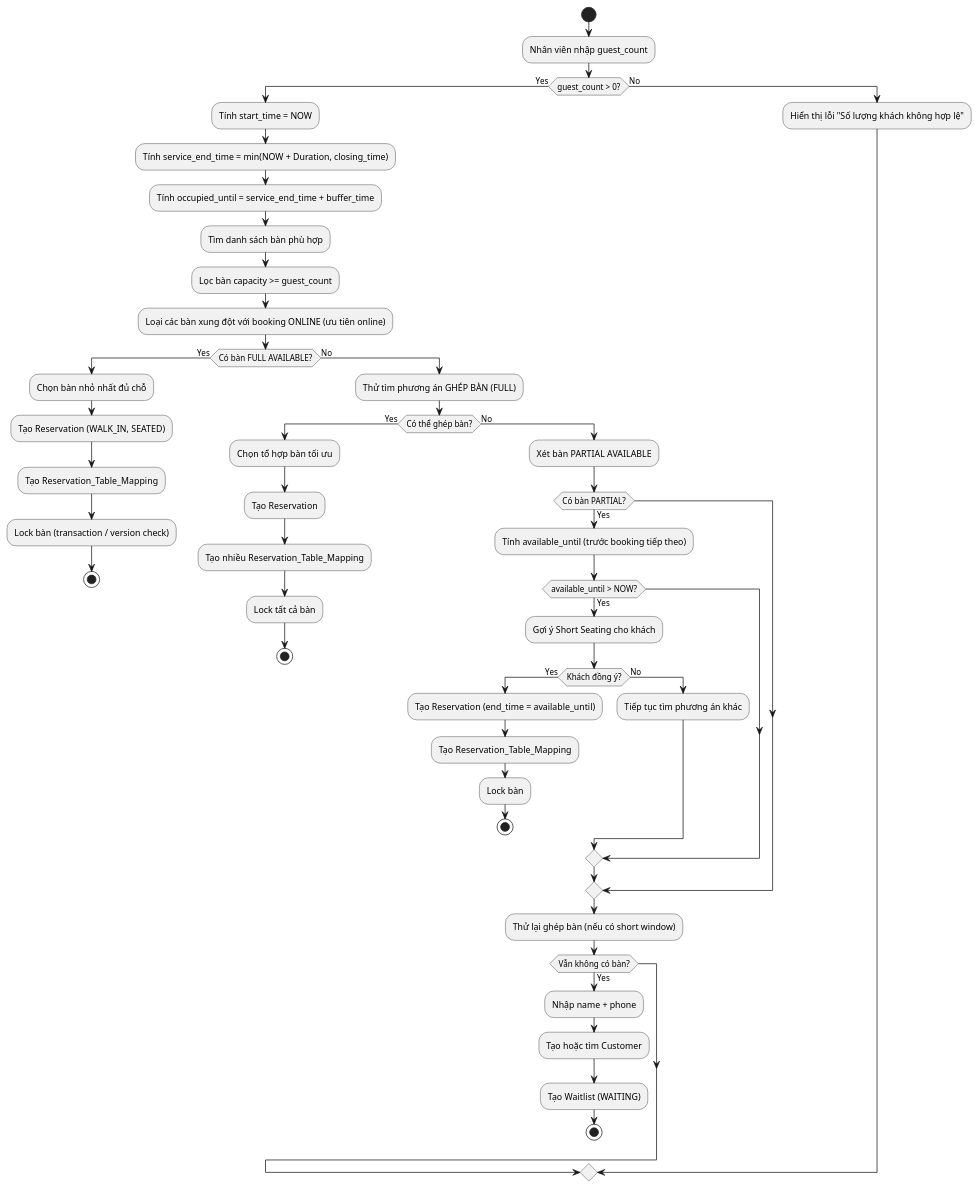
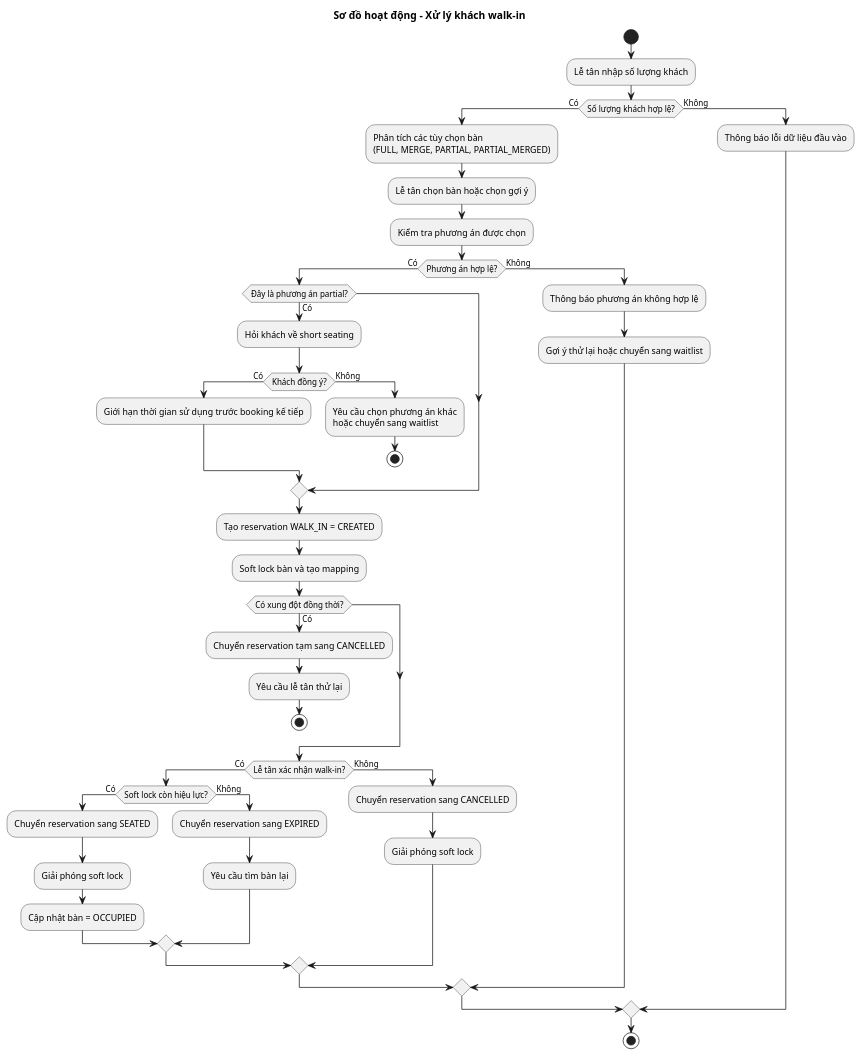
One commit to QuangLam0208/restaurant-reservation-system changed the diagram in docs/uml/activity-walk-in.puml. Above: the diagram before and after it, drawn with PlantUML. The commit also changed 18 other files, not shown here.

Commit message:
update uml

```diff
--- a/docs/uml/activity-walk-in.puml
+++ b/docs/uml/activity-walk-in.puml
@@ -1,75 +1,54 @@
 @startuml
+title Sơ đồ hoạt động - Xử lý khách walk-in
+skinparam conditionStyle inside
+
 start
+:Lễ tân nhập số lượng khách;
 
-:Nhân viên nhập guest_count;
+if (Số lượng khách hợp lệ?) then (Có)
+  :Phân tích các tùy chọn bàn\n(FULL, MERGE, PARTIAL, PARTIAL_MERGED);
+  :Lễ tân chọn bàn hoặc chọn gợi ý;
+  :Kiểm tra phương án được chọn;
 
-if (guest_count > 0?) then (Yes)
-
-  :Tính start_time = NOW;
-  :Tính service_end_time = min(NOW + Duration, closing_time);
-  :Tính occupied_until = service_end_time + buffer_time;
-
-  :Tìm danh sách bàn phù hợp;
-  :Lọc bàn capacity >= guest_count;
-  :Loại các bàn xung đột với booking ONLINE (ưu tiên online);
-
-  if (Có bàn FULL AVAILABLE?) then (Yes)
-    :Chọn bàn nhỏ nhất đủ chỗ;
-    :Tạo Reservation (WALK_IN, SEATED);
-    :Tạo Reservation_Table_Mapping;
-    :Lock bàn (transaction / version check);
-    stop
-
-  else (No)
-
-    :Thử tìm phương án GHÉP BÀN (FULL);
-
-    if (Có thể ghép bàn?) then (Yes)
-      :Chọn tổ hợp bàn tối ưu;
-      :Tạo Reservation;
-      :Tạo nhiều Reservation_Table_Mapping;
-      :Lock tất cả bàn;
-      stop
-
-    else (No)
-
-      :Xét bàn PARTIAL AVAILABLE;
-
-      if (Có bàn PARTIAL?) then (Yes)
-
-        :Tính available_until (trước booking tiếp theo);
-
-        if (available_until > NOW?) then (Yes)
-          :Gợi ý Short Seating cho khách;
-
-          if (Khách đồng ý?) then (Yes)
-            :Tạo Reservation (end_time = available_until);
-            :Tạo Reservation_Table_Mapping;
-            :Lock bàn;
-            stop
-          else (No)
-            :Tiếp tục tìm phương án khác;
-          endif
-
-        endif
-
-      endif
-
-      :Thử lại ghép bàn (nếu có short window);
-
-      if (Vẫn không có bàn?) then (Yes)
-        :Nhập name + phone;
-        :Tạo hoặc tìm Customer;
-        :Tạo Waitlist (WAITING);
+  if (Phương án hợp lệ?) then (Có)
+    if (Đây là phương án partial?) then (Có)
+      :Hỏi khách về short seating;
+      if (Khách đồng ý?) then (Có)
+        :Giới hạn thời gian sử dụng trước booking kế tiếp;
+      else (Không)
+        :Yêu cầu chọn phương án khác\nhoặc chuyển sang waitlist;
         stop
       endif
-
     endif
 
+    :Tạo reservation WALK_IN = CREATED;
+    :Soft lock bàn và tạo mapping;
+    if (Có xung đột đồng thời?) then (Có)
+      :Chuyển reservation tạm sang CANCELLED;
+      :Yêu cầu lễ tân thử lại;
+      stop
+    endif
+
+    if (Lễ tân xác nhận walk-in?) then (Có)
+      if (Soft lock còn hiệu lực?) then (Có)
+        :Chuyển reservation sang SEATED;
+        :Giải phóng soft lock;
+        :Cập nhật bàn = OCCUPIED;
+      else (Không)
+        :Chuyển reservation sang EXPIRED;
+        :Yêu cầu tìm bàn lại;
+      endif
+    else (Không)
+      :Chuyển reservation sang CANCELLED;
+      :Giải phóng soft lock;
+    endif
+  else (Không)
+    :Thông báo phương án không hợp lệ;
+    :Gợi ý thử lại hoặc chuyển sang waitlist;
   endif
-
-else (No)
-  :Hiển thị lỗi "Số lượng khách không hợp lệ";
+else (Không)
+  :Thông báo lỗi dữ liệu đầu vào;
 endif
 
+stop
 @enduml
```
